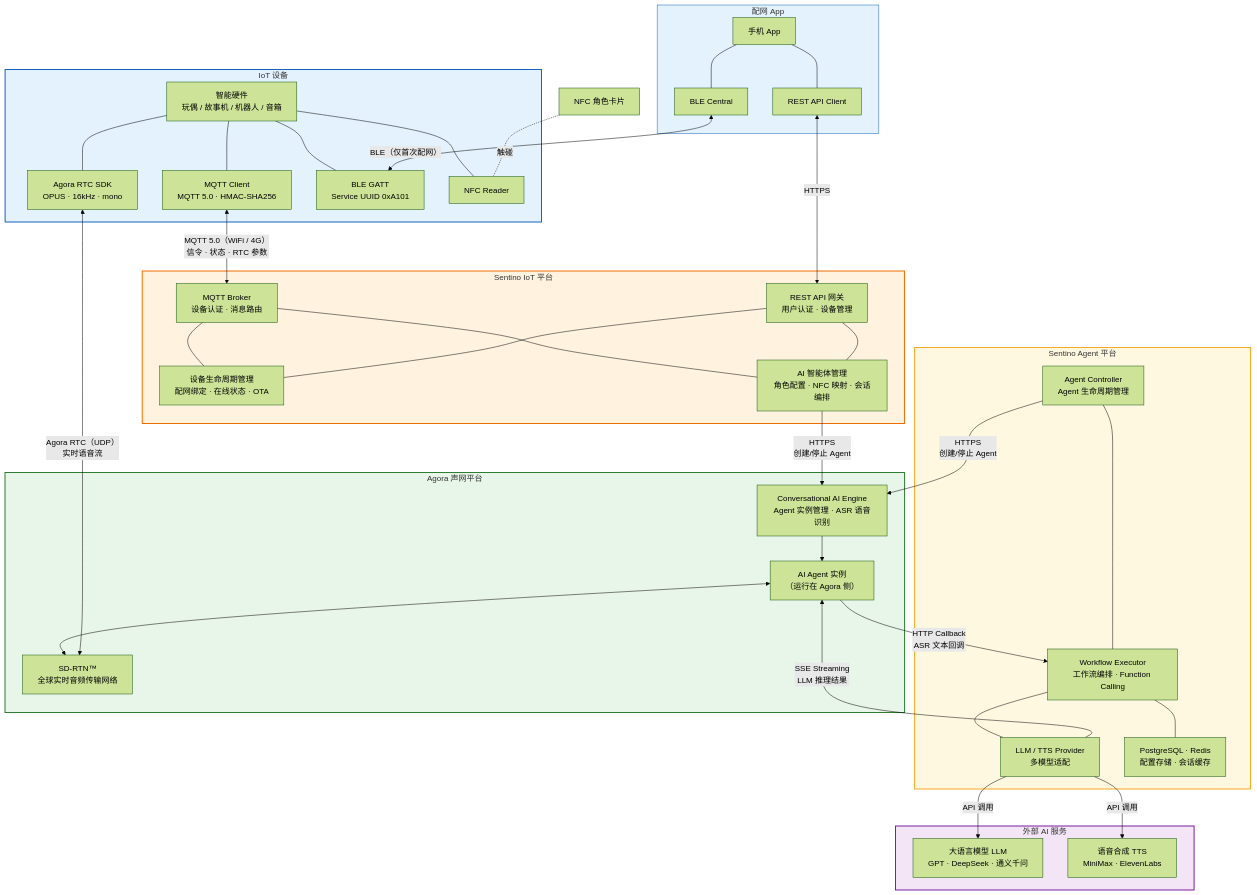
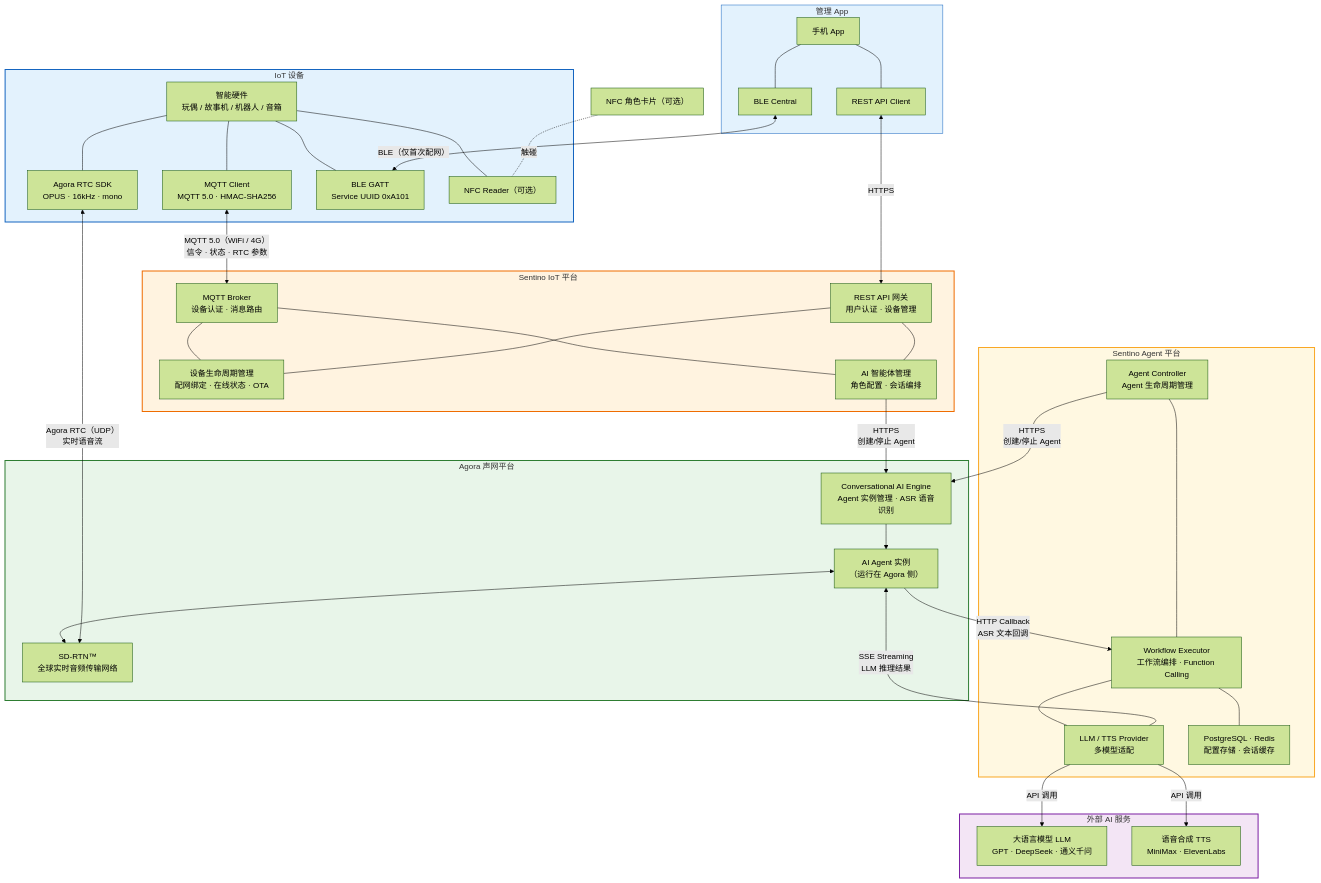
One commit to sentino-jp/iot-docs changed the first of 2 diagrams in architecture-technical.md. Above: the diagram before and after it, drawn with Mermaid (forest theme). The commit also changed other lines of this file and 6 other files, not shown here.

First line of the commit message:
docs: mark NFC as optional and rename "配网 App" to "管理 App"

```diff
--- a/architecture-technical.md
+++ b/architecture-technical.md
@@ -13,14 +13,14 @@
         DevMQTT["MQTT Client<br/>MQTT 5.0 · HMAC-SHA256"]
         DevRTC["Agora RTC SDK<br/>OPUS · 16kHz · mono"]
         DevBLE["BLE GATT<br/>Service UUID 0xA101"]
-        DevNFC["NFC Reader"]
+        DevNFC["NFC Reader（可选）"]
         Device --- DevMQTT
         Device --- DevRTC
         Device --- DevBLE
         Device --- DevNFC
     end
 
-    subgraph AppLayer["配网 App"]
+    subgraph AppLayer["管理 App"]
         App["手机 App"]
         AppBLE["BLE Central"]
         AppREST["REST API Client"]
@@ -28,12 +28,12 @@
         App --- AppREST
     end
 
-    NFC["NFC 角色卡片"]
+    NFC["NFC 角色卡片（可选）"]
 
     subgraph SentinoCloud["Sentino IoT 平台"]
         MQTTBroker["MQTT Broker<br/>设备认证 · 消息路由"]
         DevMgmt["设备生命周期管理<br/>配网绑定 · 在线状态 · OTA"]
-        AgentMgmt["AI 智能体管理<br/>角色配置 · NFC 映射 · 会话编排"]
+        AgentMgmt["AI 智能体管理<br/>角色配置 · 会话编排"]
         RESTAPI["REST API 网关<br/>用户认证 · 设备管理"]
         MQTTBroker --- DevMgmt
         MQTTBroker --- AgentMgmt
```
